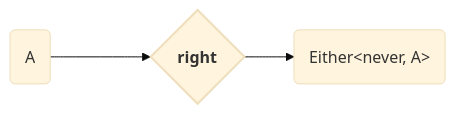
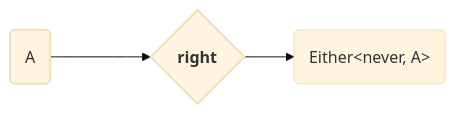
The fifth of 9 diagrams in Either.md (adamjosefus/fp-ts-examples), drawn with Mermaid (base theme) before and after one commit. The commit also changed other lines of this file, not shown here.

````diff
--- a/Either.md
+++ b/Either.md
@@ -254,11 +257,12 @@
 ```mermaid
 flowchart LR
+    style input stroke-width: 2px
     style right stroke-width: 2px
 
     input("A")
     right{ <b>right<b> }
     output( Either<<span>never, A</span>> )
 
     input ---> right
     right --> output
 ```
````
